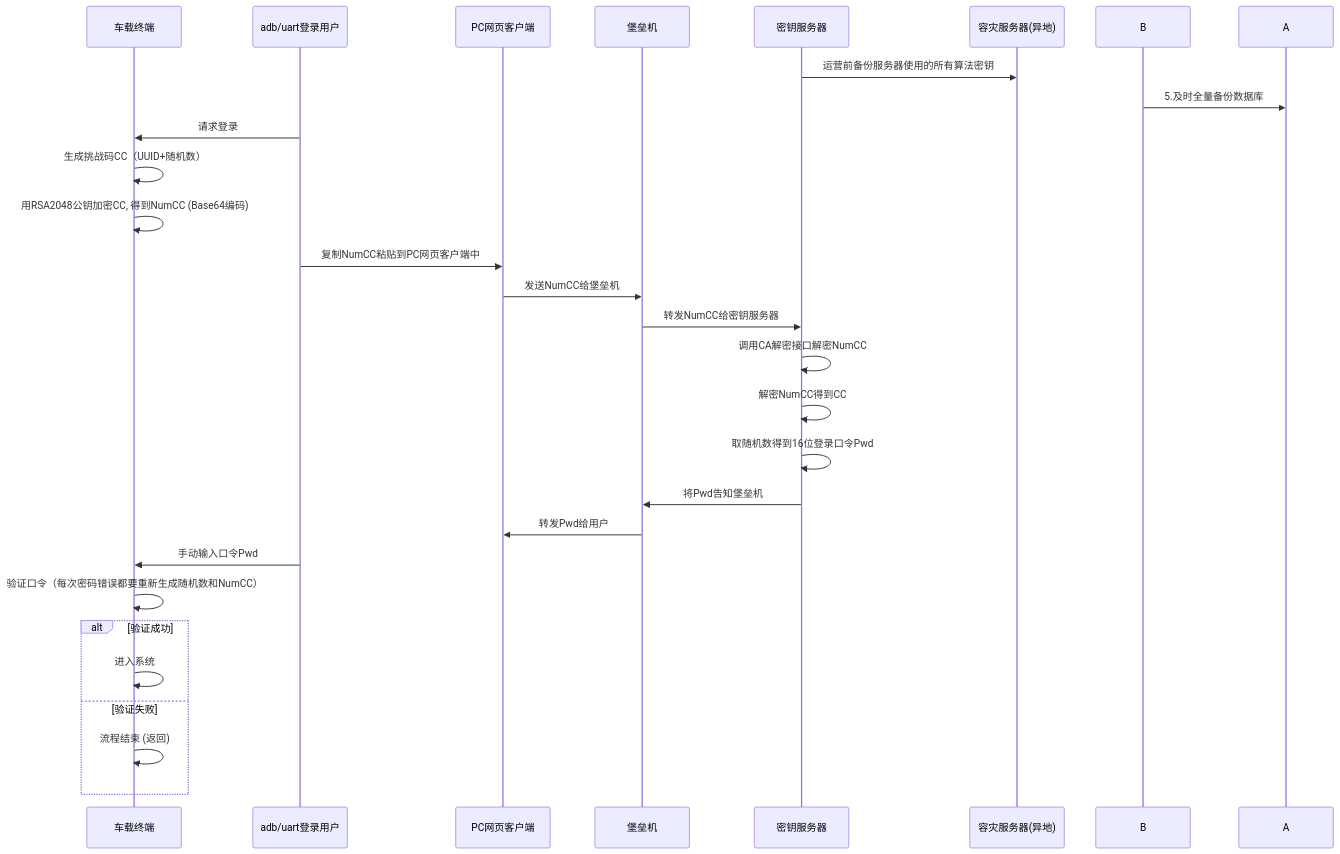
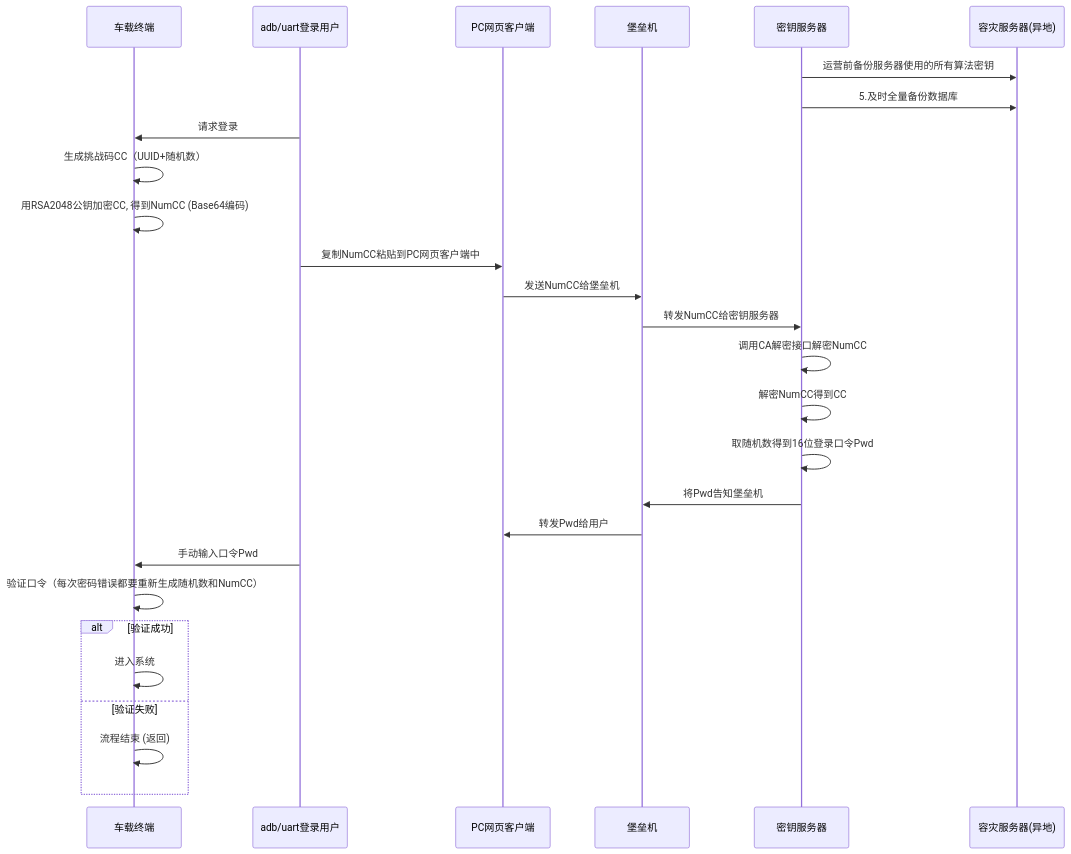
The diagram in all/未命名-19.md (facebook-cloud/iodraw-files), drawn with Mermaid before and after one commit.

Commit message:
2026-03-13 15:37:19 update

````diff
--- a/all/未命名-19.md
+++ b/all/未命名-19.md
@@ -1,32 +1,32 @@
 ```mermaid
 sequenceDiagram
     participant tbox as 车载终端
     participant user as adb/uart登录用户
     participant pc as PC网页客户端
     participant bastion as 堡垒机
     participant tech_center as 密钥服务器
     participant backup as 容灾服务器(异地)
   
     tech_center->>backup: 运营前备份服务器使用的所有算法密钥
-    B->>A: 5.及时全量备份数据库
+    tech_center->>backup: 5.及时全量备份数据库
     user->>tbox: 请求登录
     tbox->>tbox: 生成挑战码CC（UUID+随机数）
     tbox->>tbox: 用RSA2048公钥加密CC, 得到NumCC (Base64编码)
     user->>pc: 复制NumCC粘贴到PC网页客户端中
     pc->>bastion: 发送NumCC给堡垒机
     bastion->>tech_center: 转发NumCC给密钥服务器
     tech_center->>tech_center: 调用CA解密接口解密NumCC
     tech_center->>tech_center: 解密NumCC得到CC
     tech_center->>tech_center: 取随机数得到16位登录口令Pwd
     tech_center->>bastion: 将Pwd告知堡垒机
     bastion->>pc: 转发Pwd给用户
     user->>tbox: 手动输入口令Pwd
     tbox->>tbox: 验证口令（每次密码错误都要重新生成随机数和NumCC）
     alt 验证成功
         tbox->>tbox: 进入系统
     else 验证失败
         tbox->>tbox: 流程结束 (返回)
     end
 
 
 ```
````
